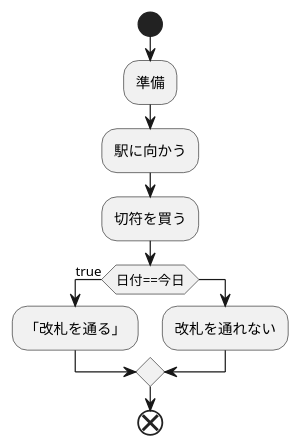
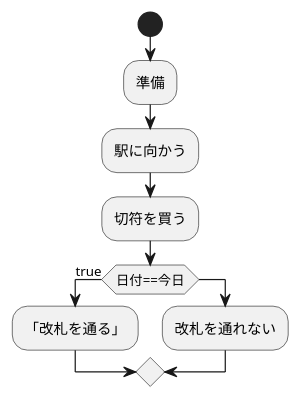
One commit to Aso2001224/2021sys-design changed the diagram in life.md. Above: the diagram before and after it, drawn with PlantUML.

````diff
--- a/life.md
+++ b/life.md
@@ -1,16 +1,16 @@
 ```uml
 @startuml
 start
 :準備;
 :駅に向かう;
 :切符を買う;
 
 if(日付==今日)then(true)
 :「改札を通る」;
 else
 :改札を通れない;
 endif
 
-end
+
 @enduml
 ```
````
